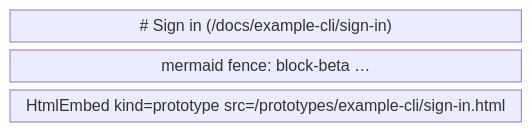
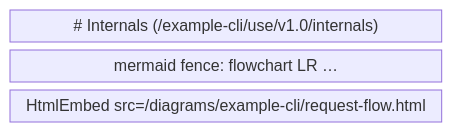
Before and after one commit to nepal-dev-com/docs.nepal-dev.com: the fourth of 4 diagrams in content/docs/maintain/app-flow/html-embeds.mdx, drawn with Mermaid. The commit also changed other lines of this file and 35 other files, not shown here.

````diff
--- a/content/docs/maintain/app-flow/html-embeds.mdx
+++ b/content/docs/maintain/app-flow/html-embeds.mdx
@@ -141,7 +109,7 @@
 ```mermaid
 block-beta
   columns 4
-  h["# Sign in (/docs/example-cli/sign-in)"]:4
-  fence["mermaid fence: block-beta …"]:4
-  tag["HtmlEmbed kind=prototype src=/prototypes/example-cli/sign-in.html"]:4
+  h["# Internals (/example-cli/use/v1.0/internals)"]:4
+  fence["mermaid fence: flowchart LR …"]:4
+  tag["HtmlEmbed src=/diagrams/example-cli/request-flow.html"]:4
 ```
````
